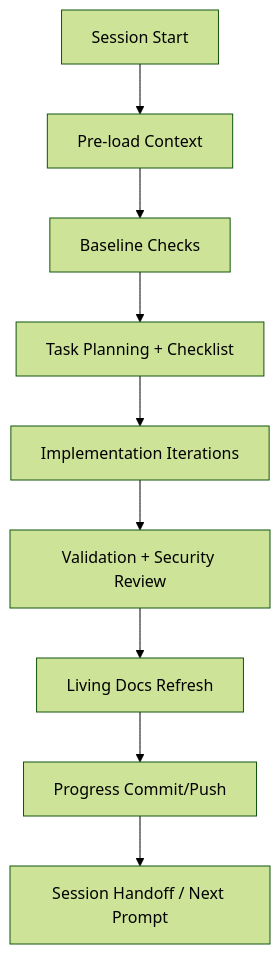
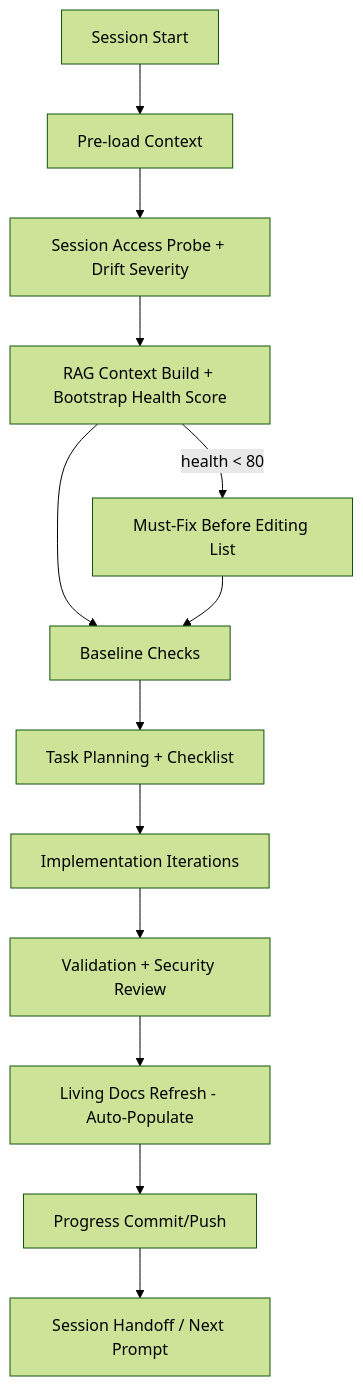
Before and after one commit to Aries-Serpent/_codex_: the diagram in docs/reporting/copilot_agent_session_standard_operation.md, drawn with Mermaid (forest theme). The commit also changed other lines of this file and 4 other files, not shown here.

````diff
--- a/docs/reporting/copilot_agent_session_standard_operation.md
+++ b/docs/reporting/copilot_agent_session_standard_operation.md
@@ -9,11 +15,16 @@
 ```mermaid
 flowchart TD
   A[Session Start] --> B[Pre-load Context]
-  B --> C[Baseline Checks]
+  B --> B2[Session Access Probe + Drift Severity]
+  B2 --> B3[RAG Context Build + Bootstrap Health Score]
+  B3 --> C[Baseline Checks]
   C --> D[Task Planning + Checklist]
   D --> E[Implementation Iterations]
   E --> F[Validation + Security Review]
-  F --> G[Living Docs Refresh]
+  F --> G[Living Docs Refresh - Auto-Populate]
   G --> H[Progress Commit/Push]
   H --> I[Session Handoff / Next Prompt]
+
+  B3 -- health < 80 --> MUST_FIX[Must-Fix Before Editing List]
+  MUST_FIX --> C
 ```
````
